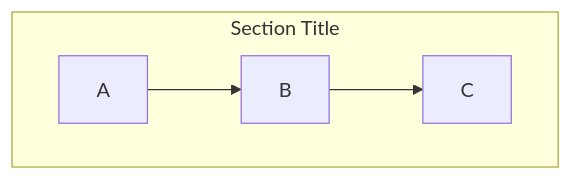
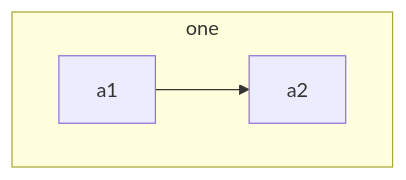
Before and after one commit to tangledgroup/tangled-skills: the seventh of 15 diagrams in .agents/skills/mermaid-11-14-0/references/01-flowchart.md, drawn with Mermaid. The commit also changed other lines of this file and 5 other files, not shown here.

First line of the commit message:
refactor(mermaid-11-14-0): comprehensive skill improvement with 6 new sections

````diff
--- a/.agents/skills/mermaid-11-14-0/references/01-flowchart.md
+++ b/.agents/skills/mermaid-11-14-0/references/01-flowchart.md
@@ -79,7 +112,6 @@
 ```mermaid
 flowchart TB
-    subgraph Section ["Section Title"]
-        A --> B
-        B --> C
+    subgraph ide1 [one]
+        a1-->a2
     end
 ```
````
